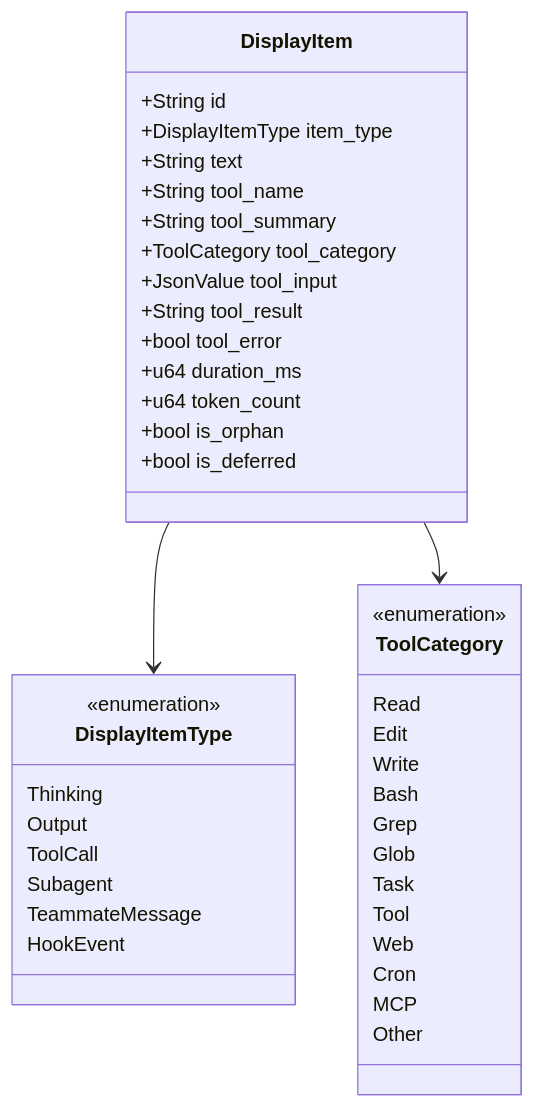
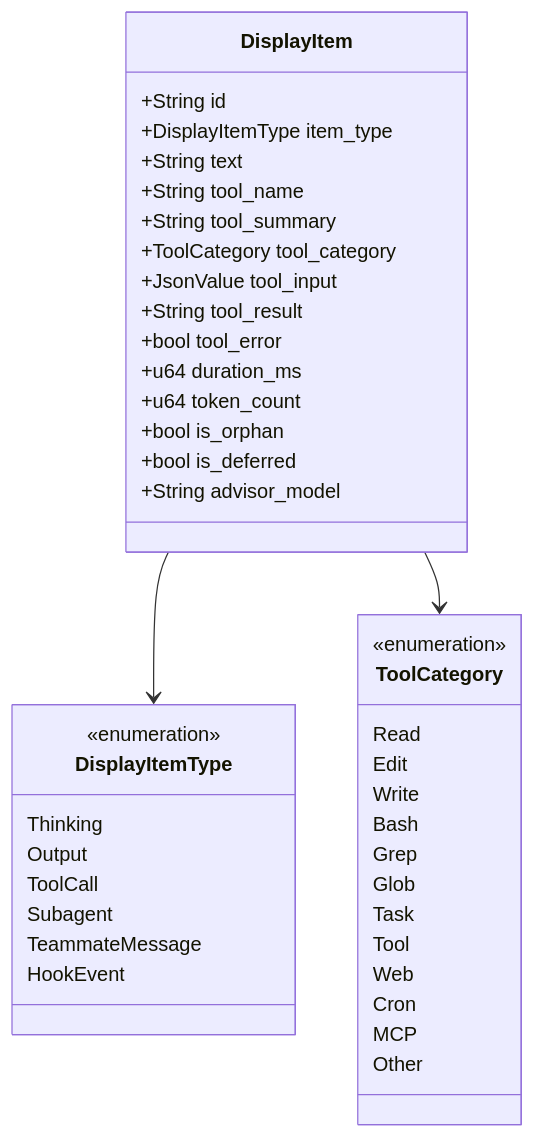
One commit to delexw/claude-code-trace changed the sixth of 11 diagrams in specs/01-parser-pipeline.md. Above: the diagram before and after it, drawn with Mermaid. The commit also changed other lines of this file and 12 other files, not shown here.

First line of the commit message:
feat(parser): capture and display the advisor tool's model attribution

````diff
--- a/specs/01-parser-pipeline.md
+++ b/specs/01-parser-pipeline.md
@@ -215,44 +216,45 @@
 ```mermaid
 classDiagram
     class DisplayItem {
         +String id
         +DisplayItemType item_type
         +String text
         +String tool_name
         +String tool_summary
         +ToolCategory tool_category
         +JsonValue tool_input
         +String tool_result
         +bool tool_error
         +u64 duration_ms
         +u64 token_count
         +bool is_orphan
         +bool is_deferred
+        +String advisor_model
     }
     class DisplayItemType {
         <<enumeration>>
         Thinking
         Output
         ToolCall
         Subagent
         TeammateMessage
         HookEvent
     }
     class ToolCategory {
         <<enumeration>>
         Read
         Edit
         Write
         Bash
         Grep
         Glob
         Task
         Tool
         Web
         Cron
         MCP
         Other
     }
     DisplayItem --> DisplayItemType
     DisplayItem --> ToolCategory
 ```
````
